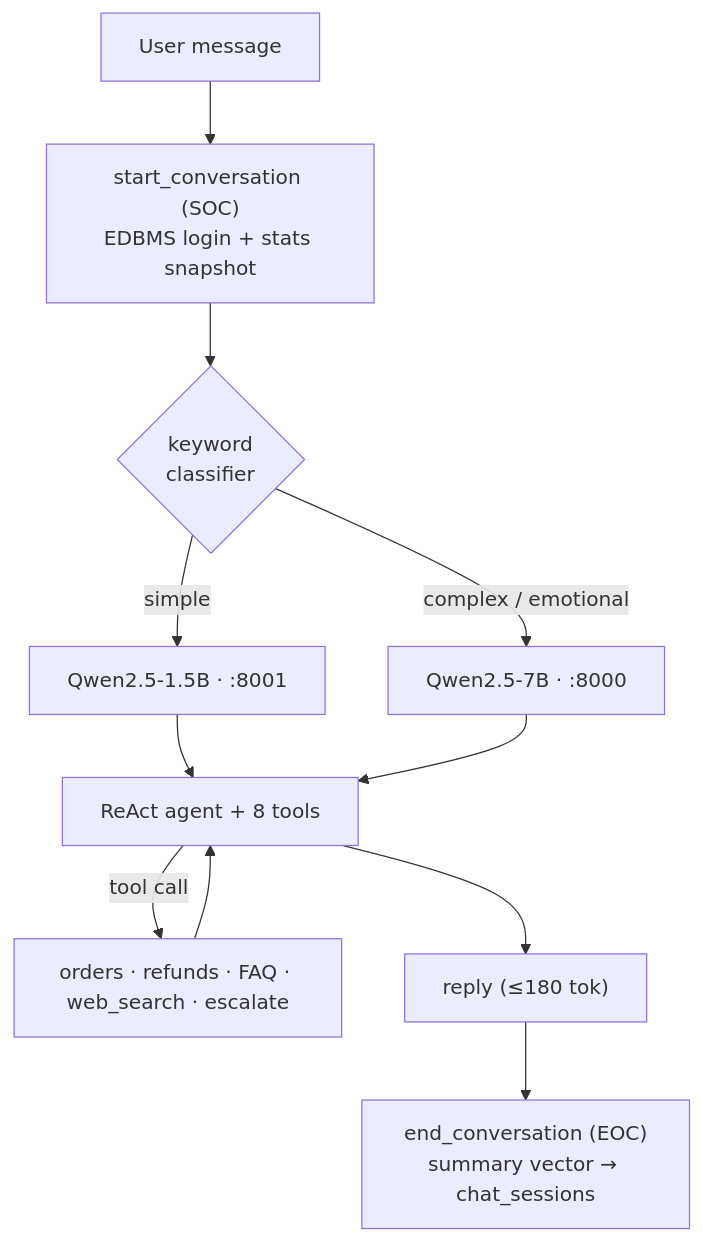
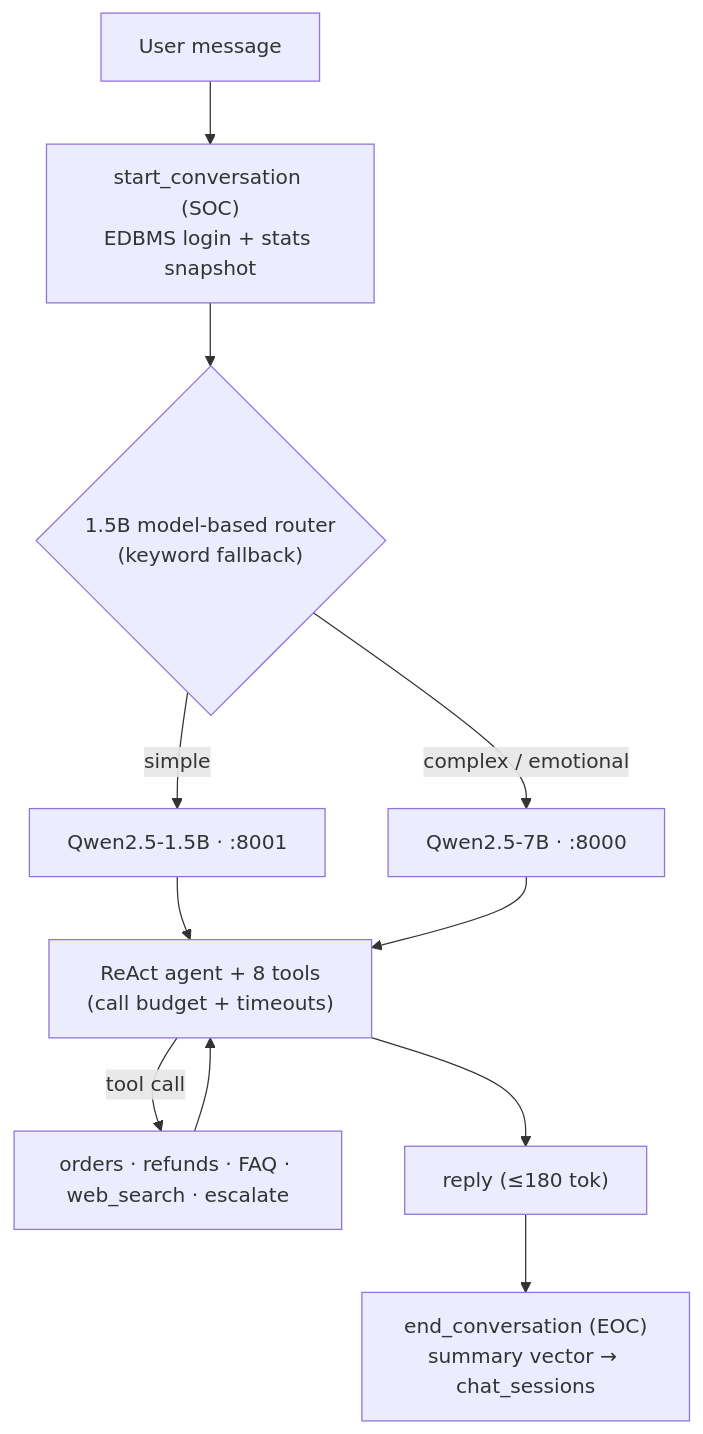
One commit to SMAXXY26/VOC-sentiment-analyzer changed the fourth of 4 diagrams in README.md. Above: the diagram before and after it, drawn with Mermaid. The commit also changed other lines of this file, not shown here.

First line of the commit message:
README: router-based architecture + Failure Recovery Matrix

````diff
--- a/README.md
+++ b/README.md
@@ -114,13 +122,13 @@
 ```mermaid
 flowchart TD
     U["User message"] --> SOC["start_conversation (SOC)<br/>EDBMS login + stats snapshot"]
-    SOC --> CLF{"keyword<br/>classifier"}
+    SOC --> CLF{"1.5B model-based router<br/>(keyword fallback)"}
     CLF -->|"simple"| SMALL["Qwen2.5-1.5B · :8001"]
     CLF -->|"complex / emotional"| BIG["Qwen2.5-7B · :8000"]
-    SMALL --> AGENT["ReAct agent + 8 tools"]
+    SMALL --> AGENT["ReAct agent + 8 tools<br/>(call budget + timeouts)"]
     BIG --> AGENT
     AGENT -->|"tool call"| TOOLS["orders · refunds · FAQ · web_search · escalate"]
     TOOLS --> AGENT
     AGENT --> R["reply (≤180 tok)"]
     R --> EOC["end_conversation (EOC)<br/>summary vector → chat_sessions"]
 ```
````
